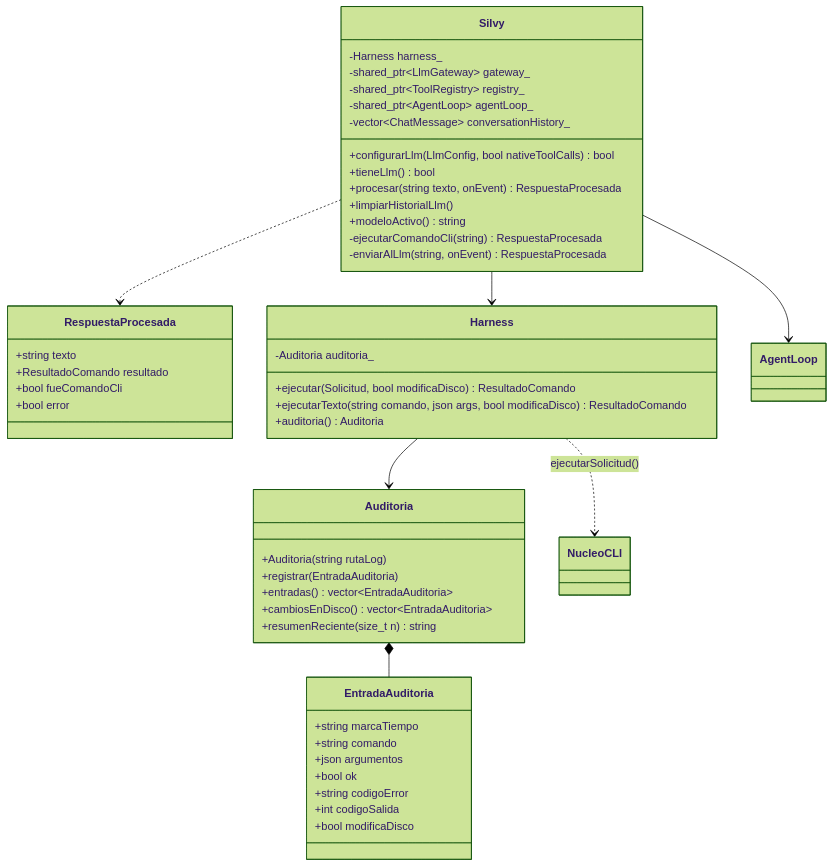
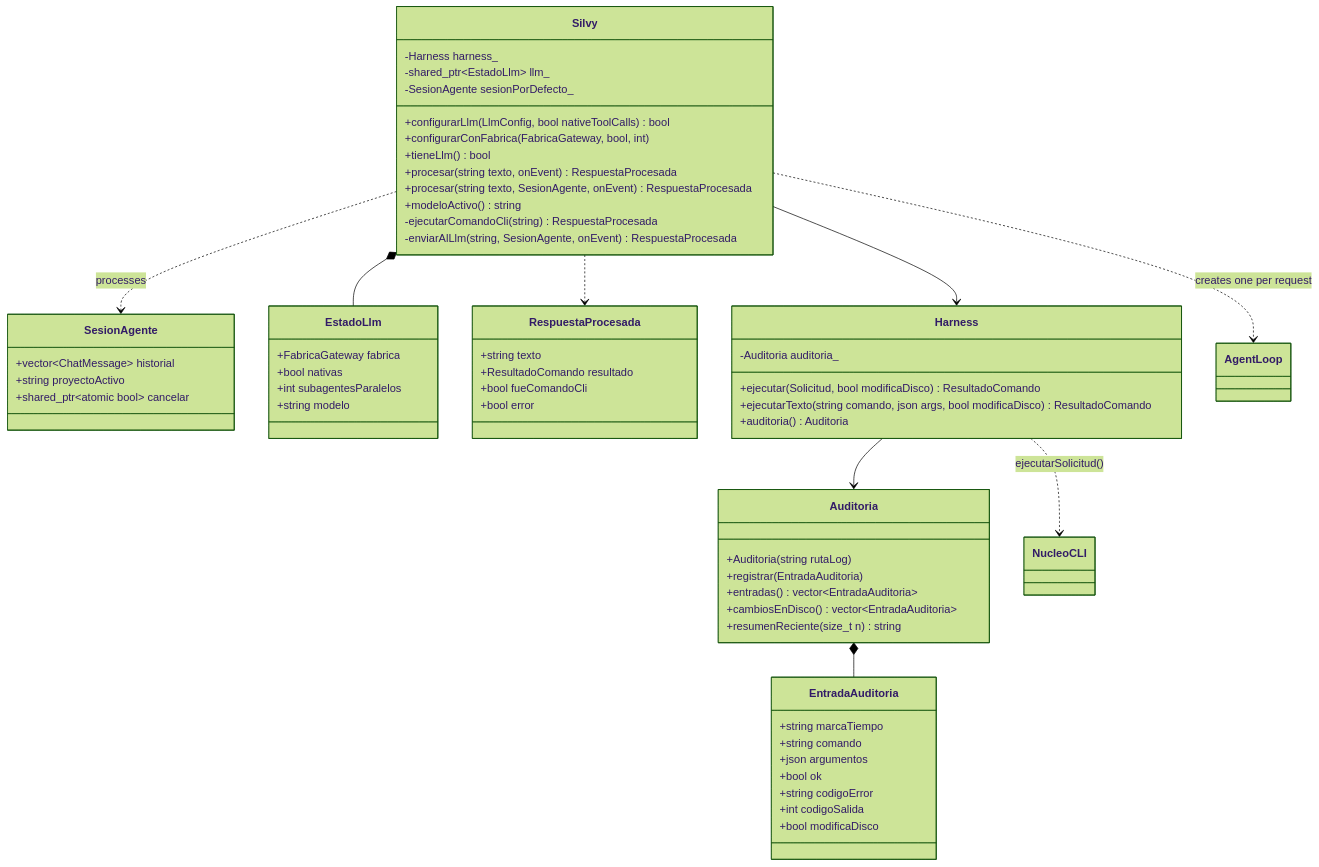
One commit to FunshiEngine/FunshiEngineCLI changed the third of 7 diagrams in doc/uml/DiagramaClases.eng.md. Above: the diagram before and after it, drawn with Mermaid (forest theme). The commit also changed other lines of this file and 8 other files, not shown here.

First line of the commit message:
docs: sesiones, RAG, subagentes y monitoreo del agente

````diff
--- a/doc/uml/DiagramaClases.eng.md
+++ b/doc/uml/DiagramaClases.eng.md
@@ -136,52 +136,64 @@
 ```mermaid
 classDiagram
     class Silvy {
         -Harness harness_
-        -shared_ptr~LlmGateway~ gateway_
-        -shared_ptr~ToolRegistry~ registry_
-        -shared_ptr~AgentLoop~ agentLoop_
-        -vector~ChatMessage~ conversationHistory_
+        -shared_ptr~EstadoLlm~ llm_
+        -SesionAgente sesionPorDefecto_
         +configurarLlm(LlmConfig, bool nativeToolCalls) bool
+        +configurarConFabrica(FabricaGateway, bool, int)
         +tieneLlm() bool
         +procesar(string texto, onEvent) RespuestaProcesada
-        +limpiarHistorialLlm()
+        +procesar(string texto, SesionAgente, onEvent) RespuestaProcesada
         +modeloActivo() string
         -ejecutarComandoCli(string) RespuestaProcesada
-        -enviarAlLlm(string, onEvent) RespuestaProcesada
+        -enviarAlLlm(string, SesionAgente, onEvent) RespuestaProcesada
+    }
+    class SesionAgente {
+        +vector~ChatMessage~ historial
+        +string proyectoActivo
+        +shared_ptr~atomic bool~ cancelar
+    }
+    class EstadoLlm {
+        +FabricaGateway fabrica
+        +bool nativas
+        +int subagentesParalelos
+        +string modelo
     }
     class RespuestaProcesada {
         +string texto
         +ResultadoComando resultado
         +bool fueComandoCli
         +bool error
     }
     class Harness {
         -Auditoria auditoria_
         +ejecutar(Solicitud, bool modificaDisco) ResultadoComando
         +ejecutarTexto(string comando, json args, bool modificaDisco) ResultadoComando
         +auditoria() Auditoria
     }
     class Auditoria {
         +Auditoria(string rutaLog)
         +registrar(EntradaAuditoria)
         +entradas() vector~EntradaAuditoria~
         +cambiosEnDisco() vector~EntradaAuditoria~
         +resumenReciente(size_t n) string
     }
     class EntradaAuditoria {
         +string marcaTiempo
         +string comando
         +json argumentos
         +bool ok
         +string codigoError
         +int codigoSalida
         +bool modificaDisco
     }
 
     Silvy --> Harness
-    Silvy --> AgentLoop
+    Silvy *-- EstadoLlm
+    Silvy ..> SesionAgente : processes
+    Silvy ..> AgentLoop : creates one per request
     Silvy ..> RespuestaProcesada
     Harness --> Auditoria
     Auditoria *-- EntradaAuditoria
     Harness ..> NucleoCLI : ejecutarSolicitud()
 ```
````
